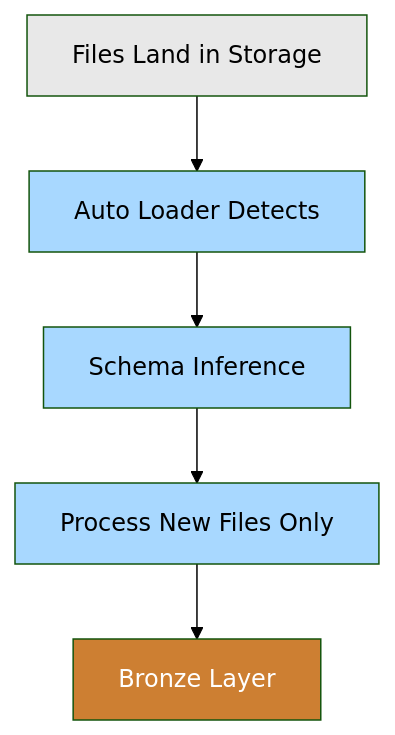
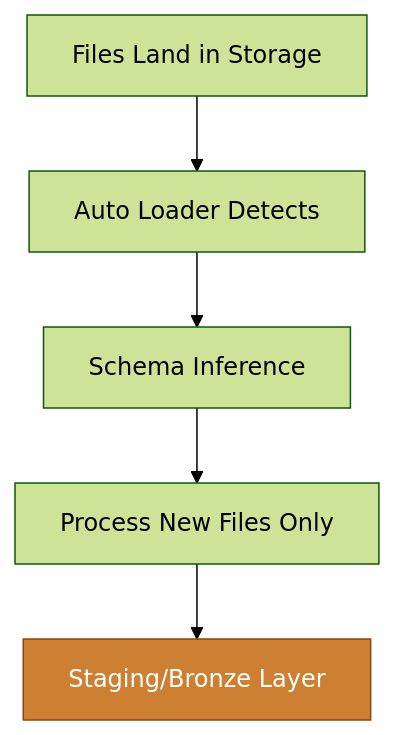
Before and after one commit to PlainsightPro/Vision-Playbook: the fourth of 8 diagrams in Technical Guideline Ops/Databricks Best-Practices/Lakeflow ETL Guide.md, drawn with Mermaid (forest theme). The commit also changed other lines of this file and 40 other files, not shown here.

````diff
--- a/Technical Guideline Ops/Databricks Best-Practices/Lakeflow ETL Guide.md
+++ b/Technical Guideline Ops/Databricks Best-Practices/Lakeflow ETL Guide.md
@@ -132,14 +121,10 @@
 ```mermaid
 %%{init: { "flowchart": { "useMaxWidth": true } } }%%
 flowchart TD
     A[Files Land in Storage] --> B[Auto Loader Detects]
     B --> C[Schema Inference]
     C --> D[Process New Files Only]
-    D --> E[Bronze Layer]
+    D --> E[Staging/Bronze Layer]
     
-    style A fill:#e8e8e8
-    style B fill:#a8d8ff
-    style C fill:#a8d8ff
-    style D fill:#a8d8ff
-    style E fill:#cd7f32,color:#fff
+    style E fill:#CD7F32,stroke:#8B4513,color:#FFFFFF
 ```
````
